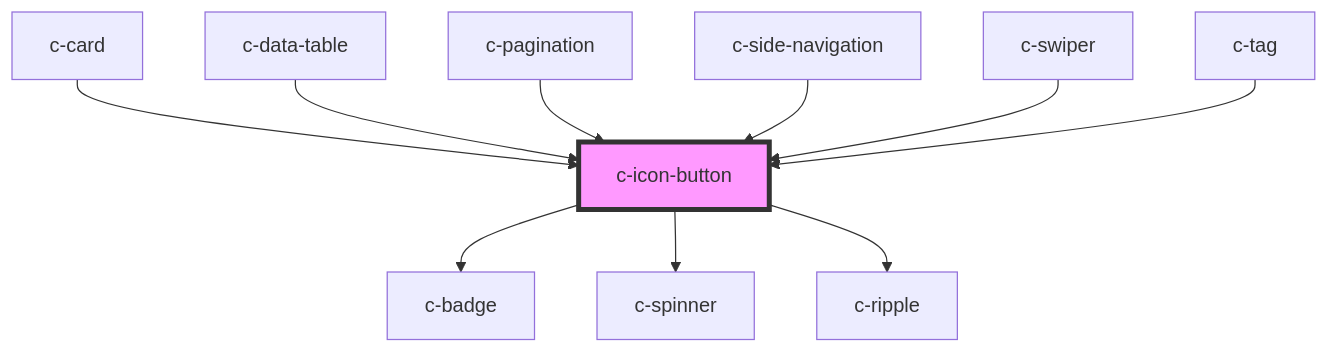
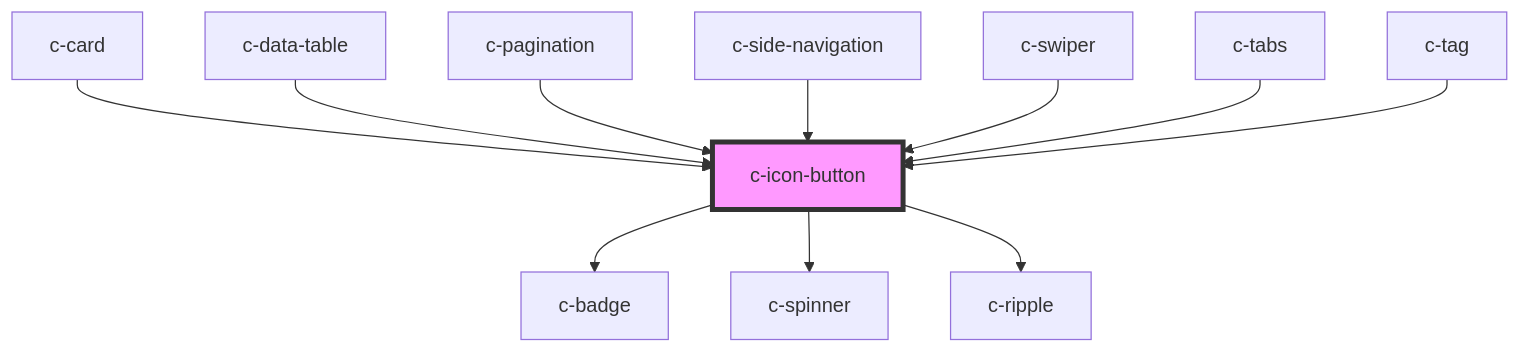
Before and after one commit to CSCfi/ui: the diagram in packages/csc-ui/src/components/c-icon-button/readme.md, drawn with Mermaid. The commit also changed other lines of this file and 20 other files, not shown here.

````diff
--- a/packages/csc-ui/src/components/c-icon-button/readme.md
+++ b/packages/csc-ui/src/components/c-icon-button/readme.md
@@ -162,13 +163,14 @@
 ```mermaid
 graph TD;
   c-icon-button --> c-badge
   c-icon-button --> c-spinner
   c-icon-button --> c-ripple
   c-card --> c-icon-button
   c-data-table --> c-icon-button
   c-pagination --> c-icon-button
   c-side-navigation --> c-icon-button
   c-swiper --> c-icon-button
+  c-tabs --> c-icon-button
   c-tag --> c-icon-button
   style c-icon-button fill:#f9f,stroke:#333,stroke-width:4px
 ```
````
